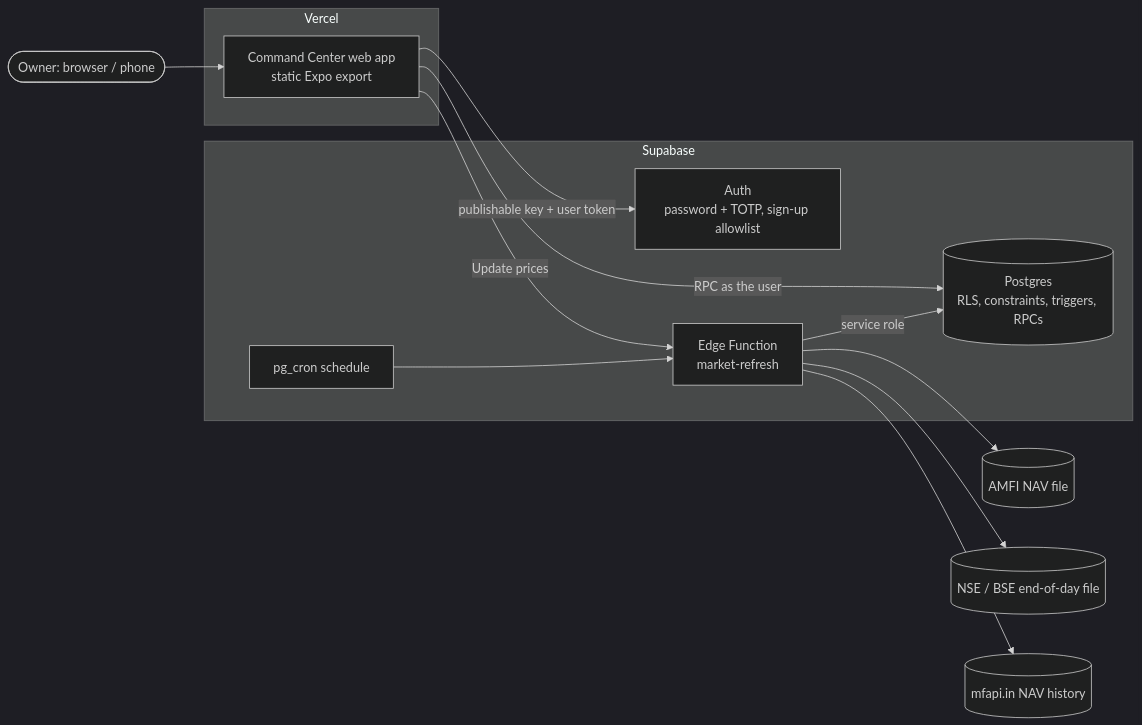
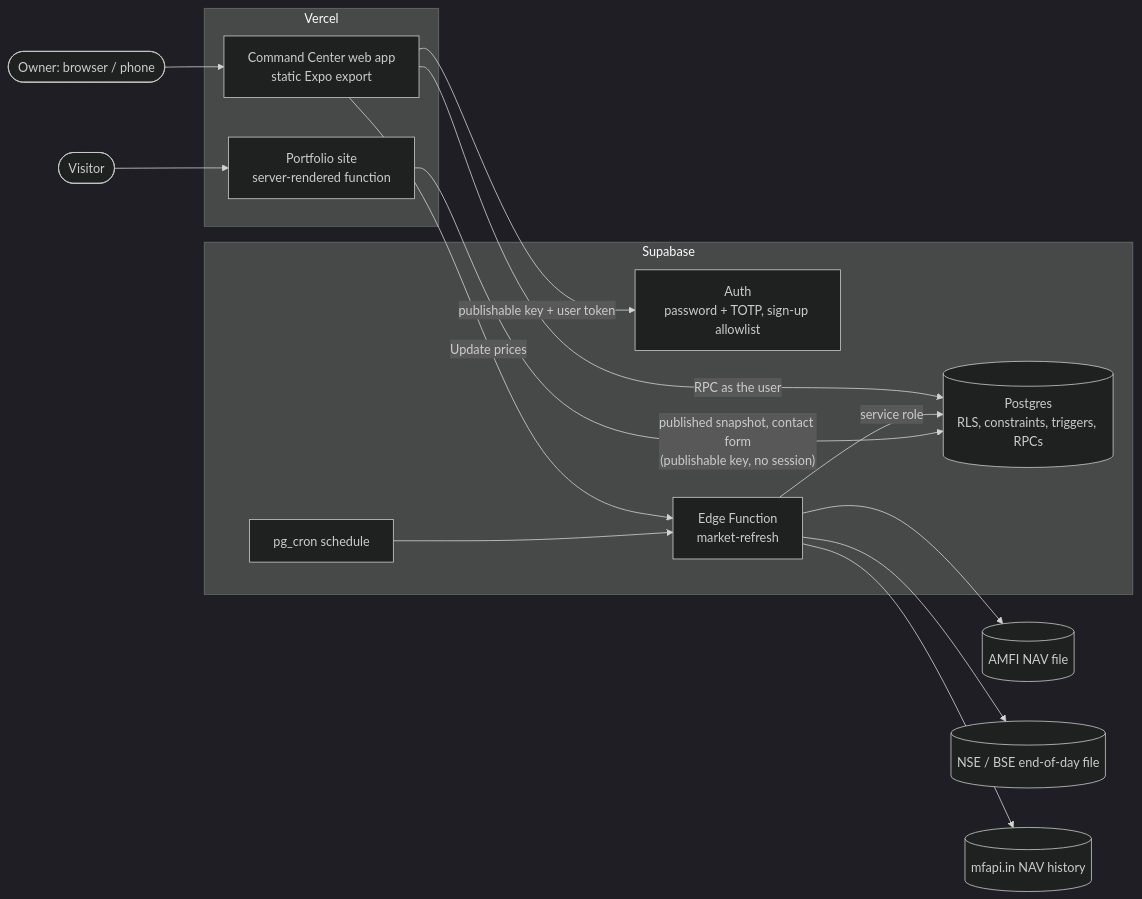
Before and after one commit to DEVABALAN-R/DEVABALAN: the first of 3 diagrams in docs/architecture/ARCHITECTURE.md, drawn with Mermaid (dark theme). The commit also changed other lines of this file and 6 other files, not shown here.

````diff
--- a/docs/architecture/ARCHITECTURE.md
+++ b/docs/architecture/ARCHITECTURE.md
@@ -16,23 +17,27 @@
 ```mermaid
 flowchart LR
   owner([Owner: browser / phone])
+  visitor([Visitor])
   subgraph Vercel
     web[Command Center web app<br/>static Expo export]
+    site[Portfolio site<br/>server-rendered function]
   end
   subgraph Supabase
     auth[Auth<br/>password + TOTP, sign-up allowlist]
     db[(Postgres<br/>RLS, constraints, triggers, RPCs)]
     fn[Edge Function<br/>market-refresh]
     cron[pg_cron schedule]
   end
   amfi[(AMFI NAV file)]
   nse[(NSE / BSE end-of-day file)]
   mfapi[(mfapi.in NAV history)]
   owner --> web
   web -- publishable key + user token --> auth
   web -- RPC as the user --> db
   web -- "Update prices" --> fn
   cron --> fn
   fn -- service role --> db
   fn --> amfi & nse & mfapi
+  visitor --> site
+  site -- "published snapshot, contact form<br/>(publishable key, no session)" --> db
 ```
````
